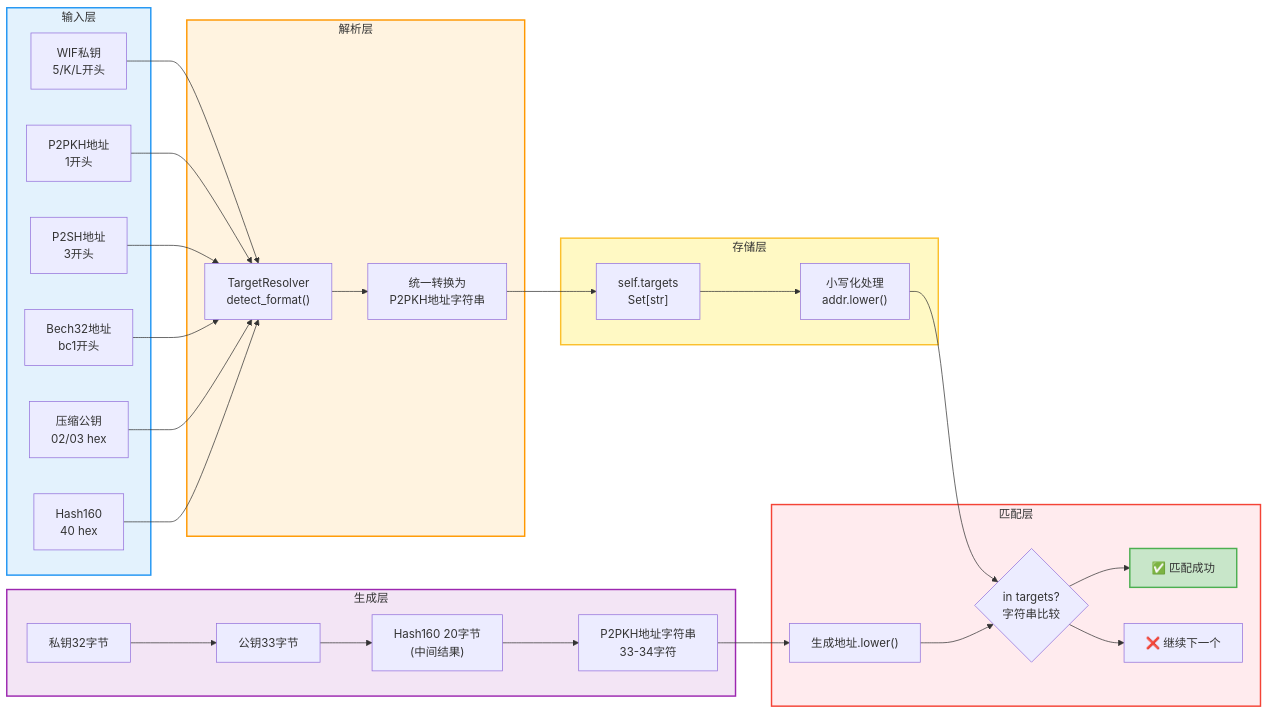
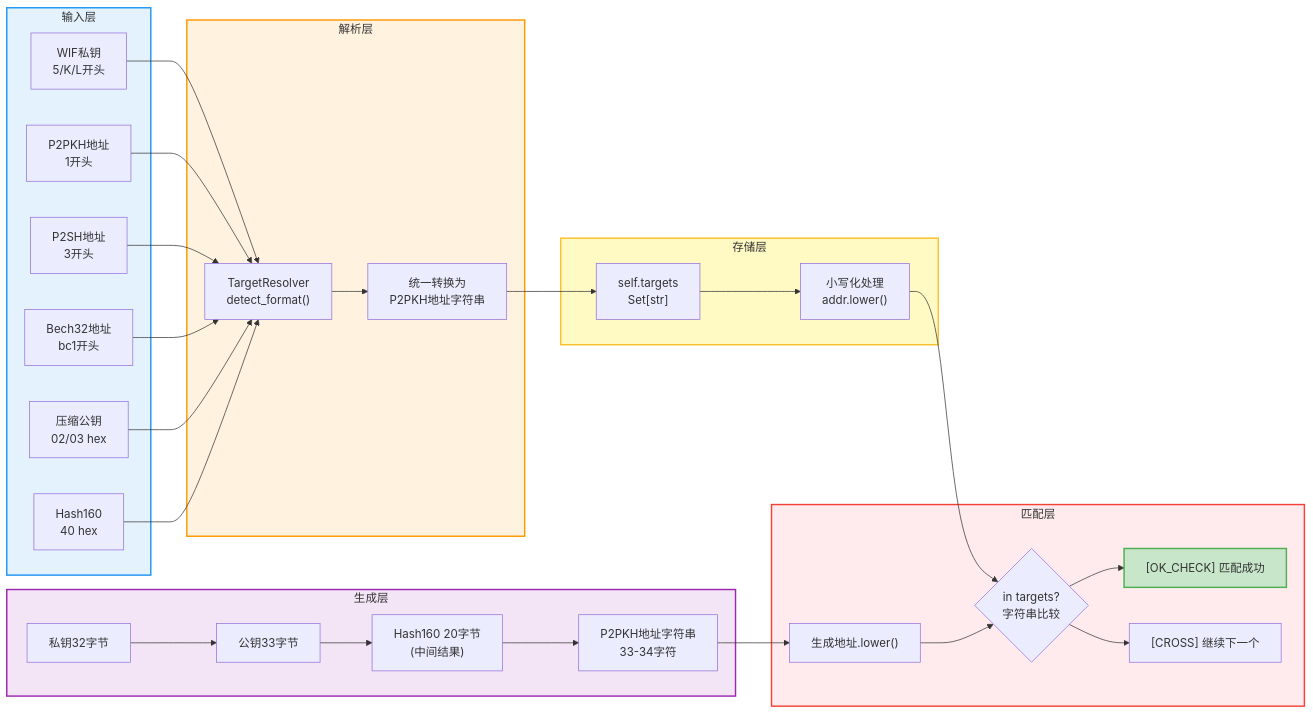
Before and after one commit to Pengkang-OP/btc-collision-engine: the seventh of 9 diagrams in docs/archive/history/topology-diagrams.md, drawn with Mermaid. The commit also changed other lines of this file and 624 other files, not shown here.

````diff
--- a/docs/archive/history/topology-diagrams.md
+++ b/docs/archive/history/topology-diagrams.md
@@ -301,64 +301,64 @@
 ```mermaid
 flowchart LR
     subgraph Input["输入层"]
         I1["WIF私钥<br/>5/K/L开头"]
         I2["P2PKH地址<br/>1开头"]
         I3["P2SH地址<br/>3开头"]
         I4["Bech32地址<br/>bc1开头"]
         I5["压缩公钥<br/>02/03 hex"]
         I6["Hash160<br/>40 hex"]
     end
 
     subgraph Resolve["解析层"]
         R1["TargetResolver<br/>detect_format()"]
         R2["统一转换为<br/>P2PKH地址字符串"]
     end
 
     subgraph Store["存储层"]
         S1["self.targets<br/>Set[str]"]
         S2["小写化处理<br/>addr.lower()"]
     end
 
     subgraph Generate["生成层"]
         G1["私钥32字节"]
         G2["公钥33字节"]
         G3["Hash160 20字节<br/>(中间结果)"]
         G4["P2PKH地址字符串<br/>33-34字符"]
     end
 
     subgraph Match["匹配层"]
         M1["生成地址.lower()"]
         M2{"in targets?<br/>字符串比较"}
-        M3["✅ 匹配成功"]
-        M4["❌ 继续下一个"]
+        M3["[OK_CHECK] 匹配成功"]
+        M4["[CROSS] 继续下一个"]
     end
 
     I1 --> R1
     I2 --> R1
     I3 --> R1
     I4 --> R1
     I5 --> R1
     I6 --> R1
 
     R1 --> R2
     R2 --> S1
     S1 --> S2
 
     G1 --> G2
     G2 --> G3
     G3 --> G4
 
     G4 --> M1
     S2 --> M2
     M1 --> M2
 
     M2 --> M3
     M2 --> M4
 
     style Input fill:#e3f2fd,stroke:#2196f3,stroke-width:2px
     style Resolve fill:#fff3e0,stroke:#ff9800,stroke-width:2px
     style Store fill:#fff9c4,stroke:#fbc02d,stroke-width:2px
     style Generate fill:#f3e5f5,stroke:#9c27b0,stroke-width:2px
     style Match fill:#ffebee,stroke:#f44336,stroke-width:2px
     style M3 fill:#c8e6c9,stroke:#4caf50,stroke-width:2px
 ```
````
